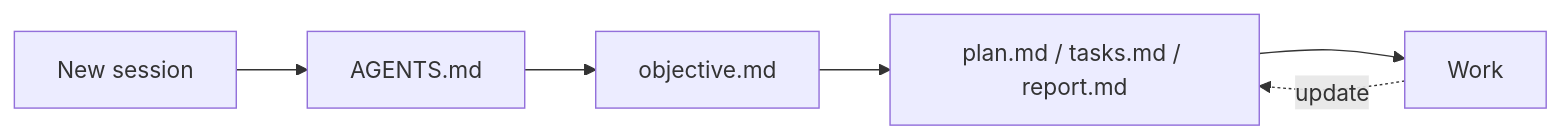
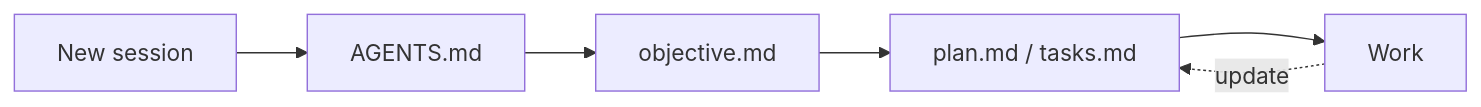
Before and after one commit to rhymesg/coding-agent-guidelines: the diagram in skills/create-workplan/SKILL.md, drawn with Mermaid. The commit also changed other lines of this file and 4 other files, not shown here.

Commit message:
Keep workplan findings in tasks.md with an evidence or skip line per task, and drop report.md

````diff
--- a/skills/create-workplan/SKILL.md
+++ b/skills/create-workplan/SKILL.md
@@ -9,8 +9,8 @@
 ```mermaid
 flowchart LR
     session[New session] --> agents[AGENTS.md]
     agents --> objective[objective.md]
-    objective --> documents[plan.md / tasks.md / report.md]
+    objective --> documents[plan.md / tasks.md]
     documents --> work[Work]
     work -.->|update| documents
 ```
````
